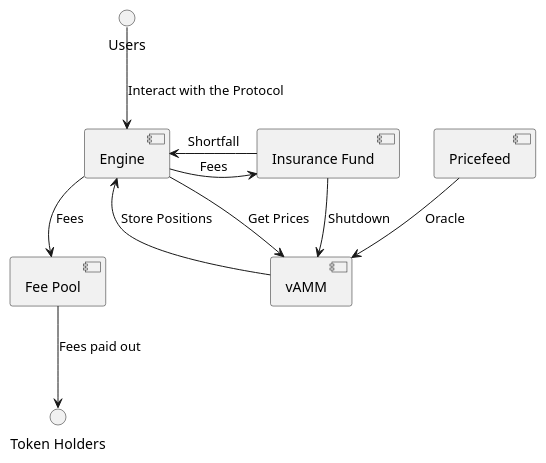
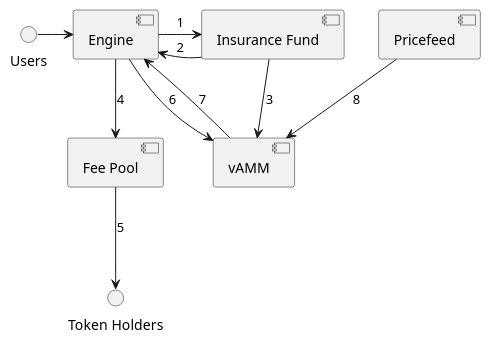
Before and after one commit to margined-protocol/docs: the diagram in architecture/diagram.puml, drawn with PlantUML.

Commit message:
changed diagram a bit, arrows are numbered with desc in .puml file

```diff
--- a/architecture/diagram.puml
+++ b/architecture/diagram.puml
@@ -1,22 +1,32 @@
 @startuml contractInteractions
     interface "Token Holders" as holders
 
     /'Insurance Fund '/
-    [Engine] -> [Insurance Fund] : Fees
-    [Engine] <- [Insurance Fund] : Shortfall
-    [Insurance Fund] -> [vAMM] : Shutdown
+    [Engine] -> [Insurance Fund] : 1
+    [Engine] <- [Insurance Fund] : 2
+    [Insurance Fund] -> [vAMM] : 3
 
     /'Fee Pool'/
-    [Engine] --> [Fee Pool] : Fees
-    [Fee Pool] --> holders : Fees paid out
+    [Engine] --> [Fee Pool] : 4
+    [Fee Pool] --> holders : 5
+    /'vAMM'/
+    [Engine] --> [vAMM] : 6
+    [vAMM] --> [Engine] : 7
+    [Pricefeed] --> [vAMM] : 8
 
-    /'vAMM'/
-    [Engine] --> [vAMM] : Get Prices
-    [vAMM] --> [Engine] : Store Positions
-    [Pricefeed] --> [vAMM] : Oracle
-
-    Users --> [Engine] : Interact with the Protocol
+    Users -> [Engine]
 
     /'Notes'/
+    /' 
+    1: A portion of fees from transactions go to the insurance fund
+    2: Sometimes, the insurance fund is used to cover shortfall and bad debt that users accrue, to make all creditors whole
+    3: The insurance fund has the power to shut all the vAMMs down, in the case of an emergency
+    
+    4 + 5: Like  the insurance fund, a portion of fees from transactions in the engine go to the fee pool, and are then distributed to token holders
+    
+    6: The vAMM calculates the input and output prices when swapping and the Engine uses these to calculate position size
+    7: The positional data that the vAMM returns is then stored in the Engine. Most of the data is user input, but the vAMM calculates the position size
+    8: The vAMM calculates the funding payments, and to do so it receives pricing data from the on-chain oracle, which is implemented via the Pricefeed contract
+    '/
 
 @enduml
```
